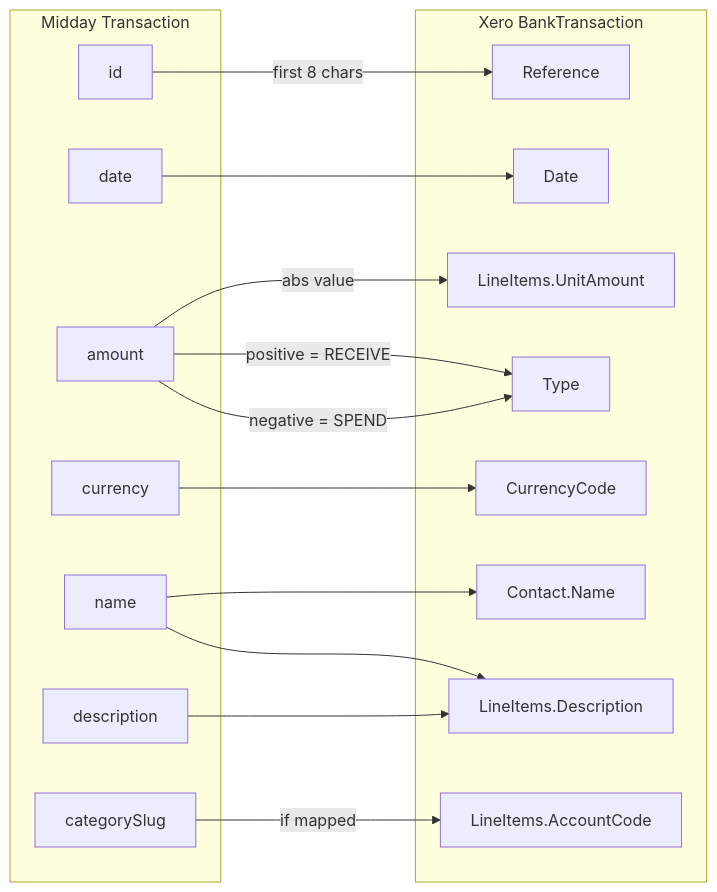
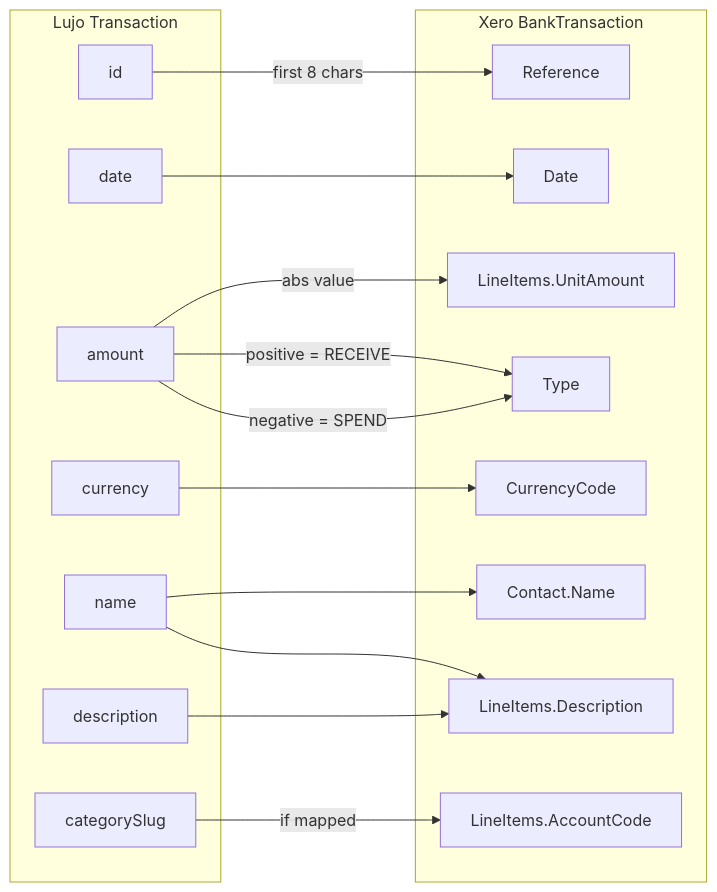
Diagram 12 of 14 in packages/accounting/ARCHITECTURE.md (johannesludloff/clean-starter-kit), drawn with Mermaid before and after one commit. The commit also changed other lines of this file and 163 other files, not shown here.

First line of the commit message:
feat(rebrand): Midday → Lujo complete rebrand

````diff
--- a/packages/accounting/ARCHITECTURE.md
+++ b/packages/accounting/ARCHITECTURE.md
@@ -362,34 +362,34 @@
 ```mermaid
 flowchart LR
-    subgraph Midday["Midday Transaction"]
+    subgraph Lujo["Lujo Transaction"]
         M1[id]
         M2[date]
         M3[amount]
         M4[currency]
         M5[name]
         M6[description]
         M7[categorySlug]
     end
 
     subgraph Xero["Xero BankTransaction"]
         X1[Reference]
         X2[Date]
         X3[LineItems.UnitAmount]
         X4[CurrencyCode]
         X5[Contact.Name]
         X6[LineItems.Description]
         X7[LineItems.AccountCode]
         X8[Type]
     end
 
     M1 -->|first 8 chars| X1
     M2 --> X2
     M3 -->|abs value| X3
     M3 -->|positive = RECEIVE| X8
     M3 -->|negative = SPEND| X8
     M4 --> X4
     M5 --> X5
     M5 --> X6
     M6 --> X6
     M7 -->|if mapped| X7
 ```
````
